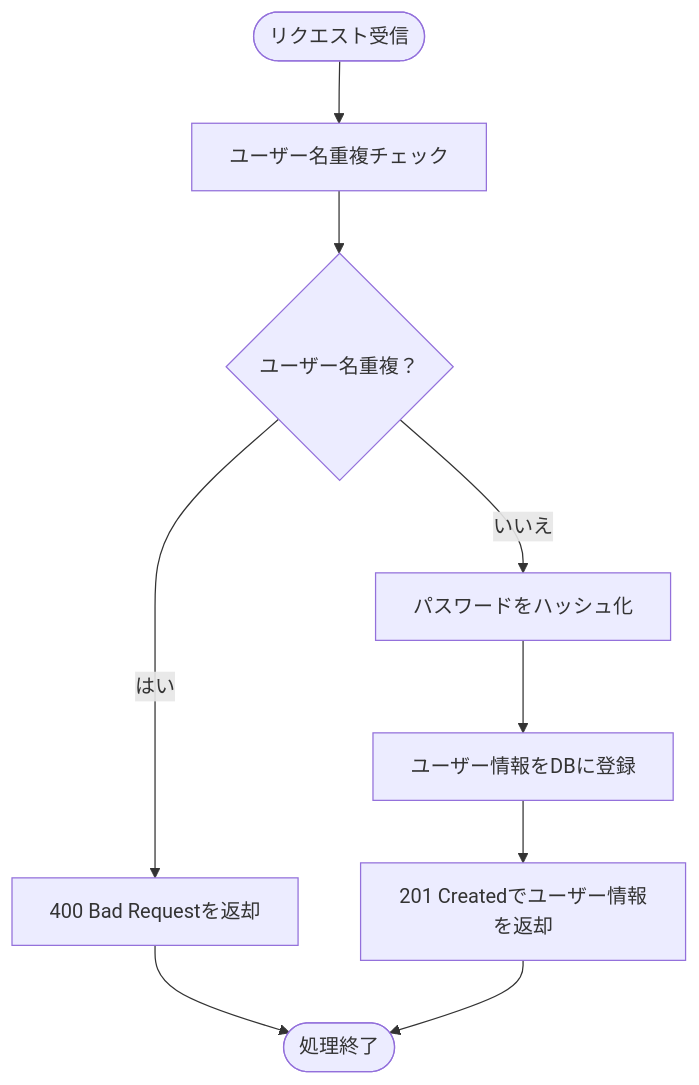
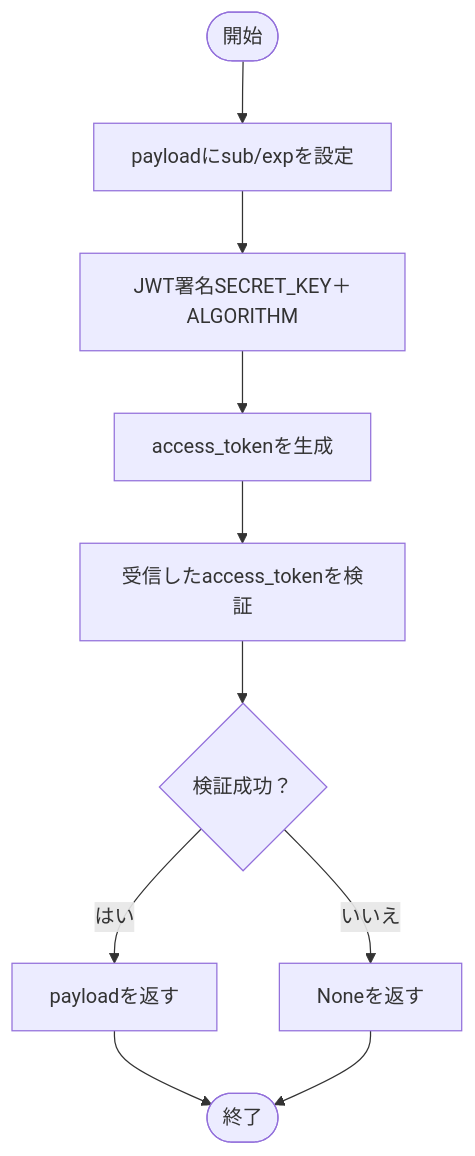
One commit to ss8806/Todos changed the third of 5 diagrams in .qoder/repowiki/ja/content/APIリファレンス/認証API.md. Above: the diagram before and after it, drawn with Mermaid. The commit also changed other lines of this file and 106 other files, not shown here.

````diff
--- a/.qoder/repowiki/ja/content/APIリファレンス/認証API.md
+++ b/.qoder/repowiki/ja/content/APIリファレンス/認証API.md
@@ -129,11 +209,12 @@
 ```mermaid
 flowchart TD
-Start([リクエスト受信]) --> CheckUser["ユーザー名重複チェック"]
-CheckUser --> Duplicate{"ユーザー名重複？"}
-Duplicate --> |はい| Return400["400 Bad Requestを返却"]
-Duplicate --> |いいえ| HashPassword["パスワードをハッシュ化"]
-HashPassword --> CreateUser["ユーザー情報をDBに登録"]
-CreateUser --> Return201["201 Createdでユーザー情報を返却"]
-Return400 --> End([処理終了])
-Return201 --> End
+Start(["開始"]) --> BuildPayload["payloadにsub/expを設定"]
+BuildPayload --> Encode["JWT署名SECRET_KEY＋ALGORITHM"]
+Encode --> Token["access_tokenを生成"]
+Token --> Verify["受信したaccess_tokenを検証"]
+Verify --> Ok{"検証成功？"}
+Ok --> |はい| Payload["payloadを返す"]
+Ok --> |いいえ| Fail["Noneを返す"]
+Payload --> End(["終了"])
+Fail --> End
 ```
````
